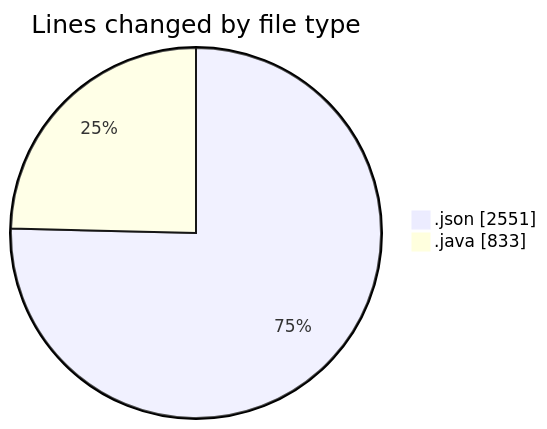
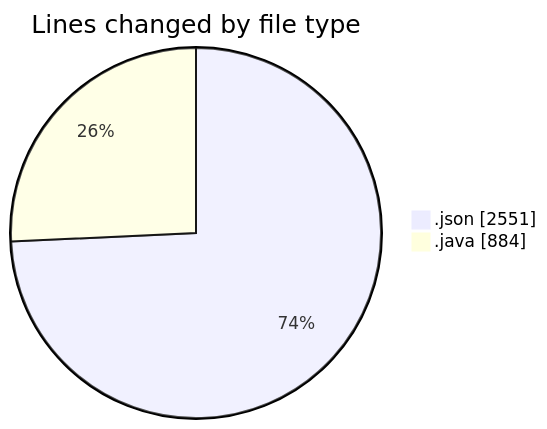
One commit to ricardozamudiocil/code-tracking changed the first of 2 diagrams in 2026-10-20/cilapp/README.md. Above: the diagram before and after it, drawn with Mermaid. The commit also changed other lines of this file and 1 other file, not shown here.

````diff
--- a/2026-10-20/cilapp/README.md
+++ b/2026-10-20/cilapp/README.md
@@ -21,6 +22,6 @@
 ```mermaid
 pie showData
 title Lines changed by file type
 ".json" : 2551
-".java" : 833
+".java" : 884
 ```
````
